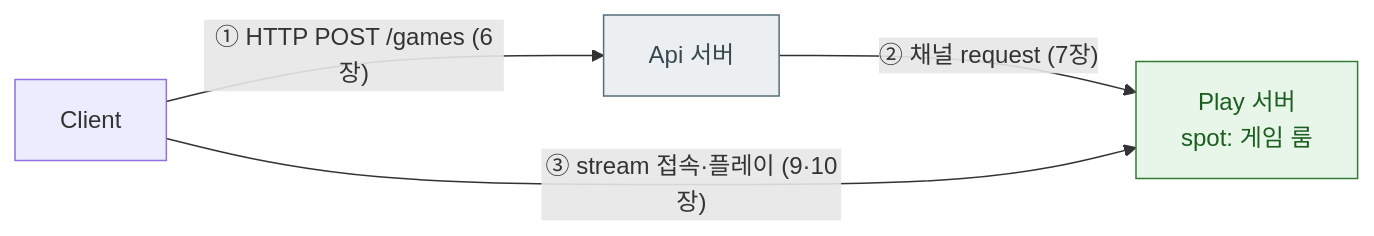
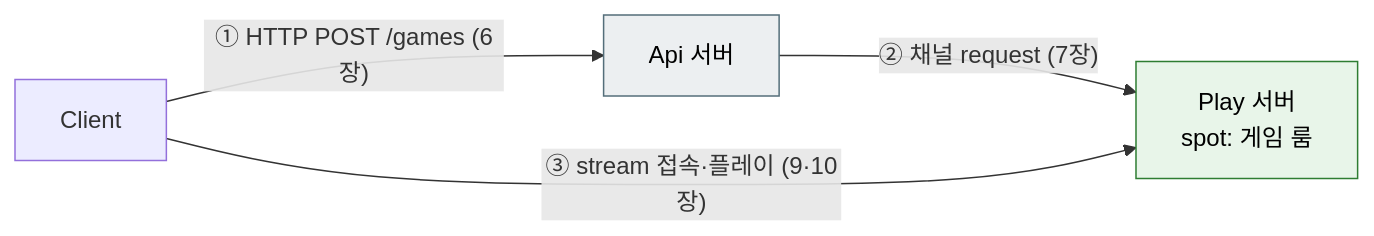
The first of 2 diagrams in framework/languages/cpp/doc/guide/14-samples-map.ko.md (kairos-code-dev/zlink), drawn with Mermaid before and after one commit. The commit also changed other lines of this file and 6 other files, not shown here.

First line of the commit message:
docs(cpp): set diagram node text to black for legibility

````diff
--- a/framework/languages/cpp/doc/guide/14-samples-map.ko.md
+++ b/framework/languages/cpp/doc/guide/14-samples-map.ko.md
@@ -26,12 +26,12 @@
 ```mermaid
 flowchart LR
     C["Client"]
     Api["Api 서버"]:::infra
     Play["Play 서버<br/>spot: 게임 룸"]:::spot
     C -- "① HTTP POST /games (6장)" --> Api
     Api -- "② 채널 request (7장)" --> Play
     C -- "③ stream 접속·플레이 (9·10장)" --> Play
 
-    classDef spot fill:#e8f5e9,stroke:#2e7d32,color:#1b5e20
-    classDef infra fill:#eceff1,stroke:#546e7a,color:#37474f
+    classDef spot fill:#e8f5e9,stroke:#2e7d32,color:#000000
+    classDef infra fill:#eceff1,stroke:#546e7a,color:#000000
 ```
````
